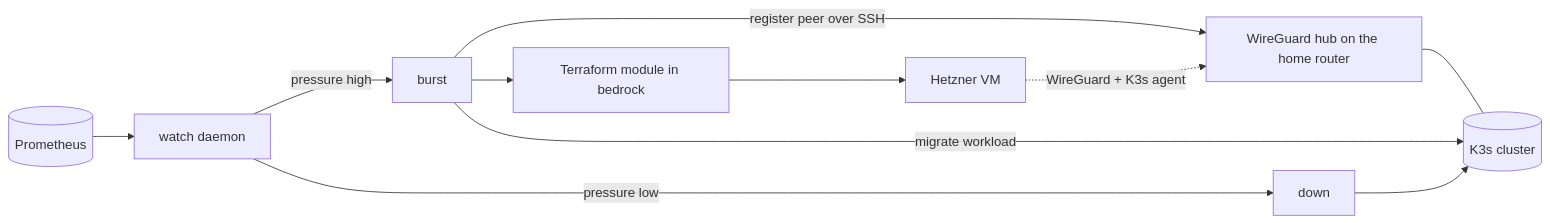
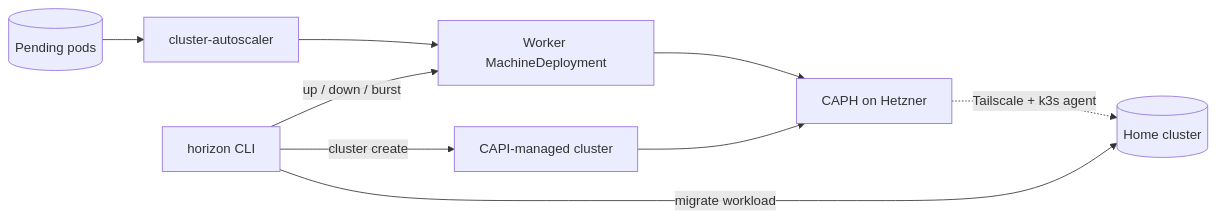
The diagram in README.md (lucawalz/horizon), drawn with Mermaid before and after one commit. The commit also changed other lines of this file, not shown here.

Commit message:
docs: rewrite readme for the cluster-api operator model

````diff
--- a/README.md
+++ b/README.md
@@ -33,13 +32,11 @@
 ```mermaid
 flowchart LR
-  prom[(Prometheus)] --> watch[watch daemon]
-  watch -->|pressure high| burst[burst]
-  burst --> tf[Terraform module in bedrock]
-  tf --> vm[Hetzner VM]
-  burst -->|register peer over SSH| hub[WireGuard hub on the home router]
-  vm -. WireGuard + K3s agent .-> hub
-  hub --- cluster[(K3s cluster)]
-  burst -->|migrate workload| cluster
-  watch -->|pressure low| down[down]
-  down --> cluster
+  pods[(Pending pods)] --> autoscaler[cluster-autoscaler]
+  autoscaler --> md[Worker MachineDeployment]
+  horizon[horizon CLI] -->|up / down / burst| md
+  horizon -->|cluster create| capi[CAPI-managed cluster]
+  md --> caph[CAPH on Hetzner]
+  capi --> caph
+  caph -. Tailscale + k3s agent .-> cluster[(Home cluster)]
+  horizon -->|migrate workload| cluster
 ```
````
